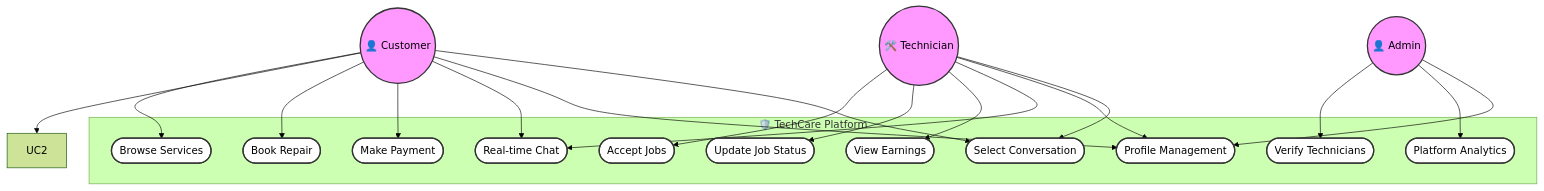
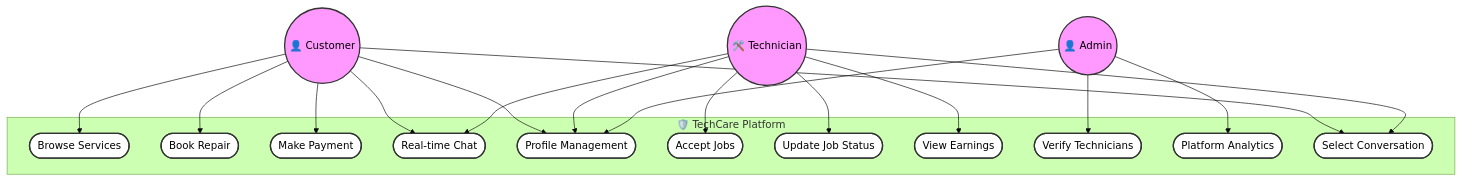
Before and after one commit to Irchika774/Tech-Care_official: the eighth of 14 diagrams in README.md, drawn with Mermaid (forest theme). The commit also changed other lines of this file and 2 other files, not shown here.

Commit message:
Docs: Update diagrams and remove AI references in diagrams

````diff
--- a/README.md
+++ b/README.md
@@ -381,42 +381,41 @@
 ```mermaid
 graph TD
     classDef actor fill:#f9f,stroke:#333,stroke-width:2px;
     classDef usecase fill:#fff,stroke:#333,stroke-width:2px,rx:20,ry:20;
 
     Customer((👤 Customer)):::actor
     Technician((🛠️ Technician)):::actor
     Admin((👤 Admin)):::actor
 
     subgraph Platform["🛡️ TechCare Platform"]
         UC1([Browse Services]):::usecase
         UC3([Book Repair]):::usecase
         UC4([Make Payment]):::usecase
         UC5([Real-time Chat]):::usecase
         UC6([Profile Management]):::usecase
         UC7([Accept Jobs]):::usecase
         UC8([Update Job Status]):::usecase
         UC9([View Earnings]):::usecase
         UC10([Verify Technicians]):::usecase
         UC11([Platform Analytics]):::usecase
         UC12([Select Conversation]):::usecase
     end
 
     Customer --> UC1
-    Customer --> UC2
     Customer --> UC3
     Customer --> UC4
     Customer --> UC5
     Customer --> UC6
     Customer --> UC12
 
     Technician --> UC7
     Technician --> UC8
     Technician --> UC9
     Technician --> UC5
     Technician --> UC6
     Technician --> UC12
 
     Admin --> UC10
     Admin --> UC11
     Admin --> UC6
 ```
````
